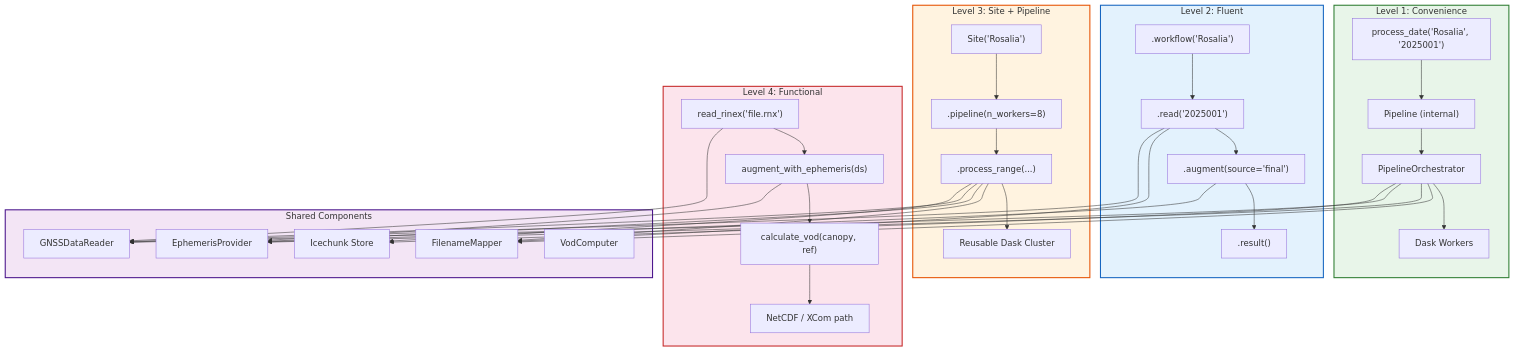
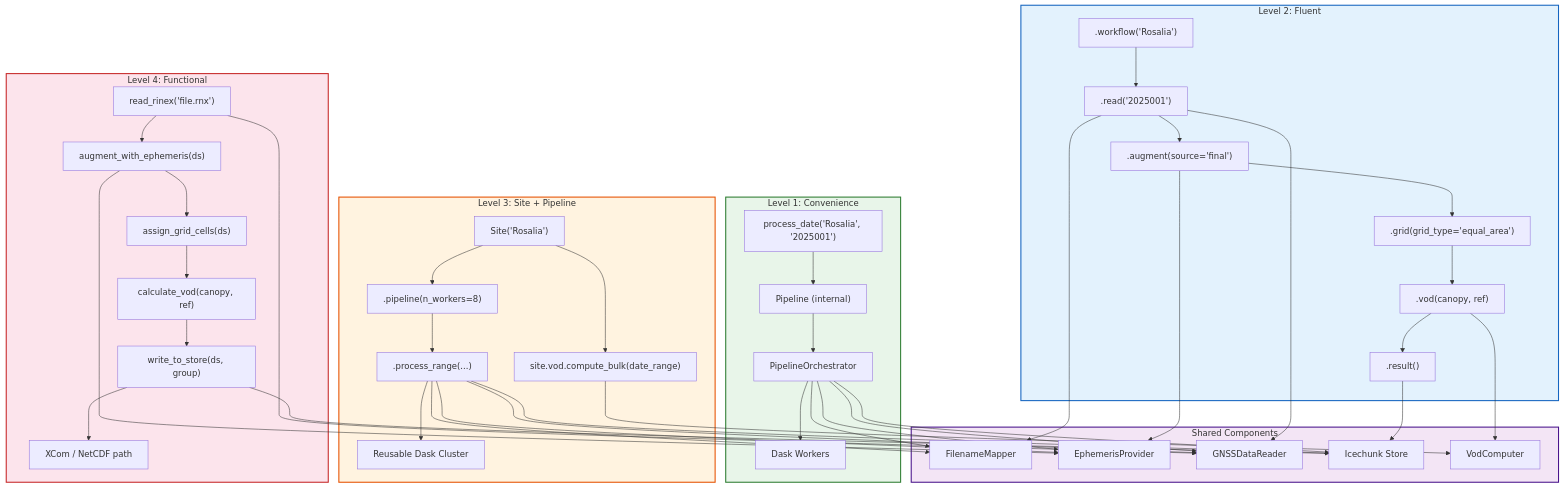
Before and after one commit to nfb2021/canvodpy: the diagram in diagrams/07-api-levels.mmd, drawn with Mermaid. The commit also changed 91 other files, not shown here.

```diff
--- a/diagrams/07-api-levels.mmd
+++ b/diagrams/07-api-levels.mmd
@@ -1,59 +1,68 @@
 flowchart TD
     subgraph L1["Level 1: Convenience"]
         L1A["process_date('Rosalia', '2025001')"]
         L1A --> L1B["Pipeline (internal)"]
         L1B --> L1C["PipelineOrchestrator"]
         L1C --> L1D["Dask Workers"]
     end
 
     subgraph L2["Level 2: Fluent"]
         L2A[".workflow('Rosalia')"]
         L2A --> L2B[".read('2025001')"]
         L2B --> L2C[".augment(source='final')"]
-        L2C --> L2D[".result()"]
+        L2C --> L2E[".grid(grid_type='equal_area')"]
+        L2E --> L2F[".vod(canopy, ref)"]
+        L2F --> L2D[".result()"]
     end
 
     subgraph L3["Level 3: Site + Pipeline"]
         L3A["Site('Rosalia')"]
         L3A --> L3B[".pipeline(n_workers=8)"]
         L3B --> L3C[".process_range(...)"]
         L3C --> L3D["Reusable Dask Cluster"]
+        L3A --> L3E["site.vod.compute_bulk(date_range)"]
     end
 
     subgraph L4["Level 4: Functional"]
         L4A["read_rinex('file.rnx')"]
         L4A --> L4B["augment_with_ephemeris(ds)"]
-        L4B --> L4C["calculate_vod(canopy, ref)"]
-        L4C --> L4D["NetCDF / XCom path"]
+        L4B --> L4G["assign_grid_cells(ds)"]
+        L4G --> L4C["calculate_vod(canopy, ref)"]
+        L4C --> L4H["write_to_store(ds, group)"]
+        L4H --> L4D["XCom / NetCDF path"]
     end
 
     subgraph Shared["Shared Components"]
         FM["FilenameMapper"]
         EP["EphemerisProvider"]
         READER["GNSSDataReader"]
         STORE["Icechunk Store"]
         VOD["VodComputer"]
     end
 
     L1C --> FM
     L1C --> EP
     L1C --> READER
     L1C --> STORE
 
     L2B --> FM
     L2B --> READER
     L2C --> EP
+    L2F --> VOD
+    L2D --> STORE
 
     L3C --> FM
     L3C --> EP
     L3C --> READER
     L3C --> STORE
+    L3E --> VOD
 
     L4A --> READER
     L4B --> EP
+    L4H --> STORE
 
     style L1 fill:#e8f5e9,stroke:#2e7d32,stroke-width:2px
     style L2 fill:#e3f2fd,stroke:#1565c0,stroke-width:2px
     style L3 fill:#fff3e0,stroke:#e65100,stroke-width:2px
     style L4 fill:#fce4ec,stroke:#c62828,stroke-width:2px
     style Shared fill:#f3e5f5,stroke:#4a148c,stroke-width:2px
```
